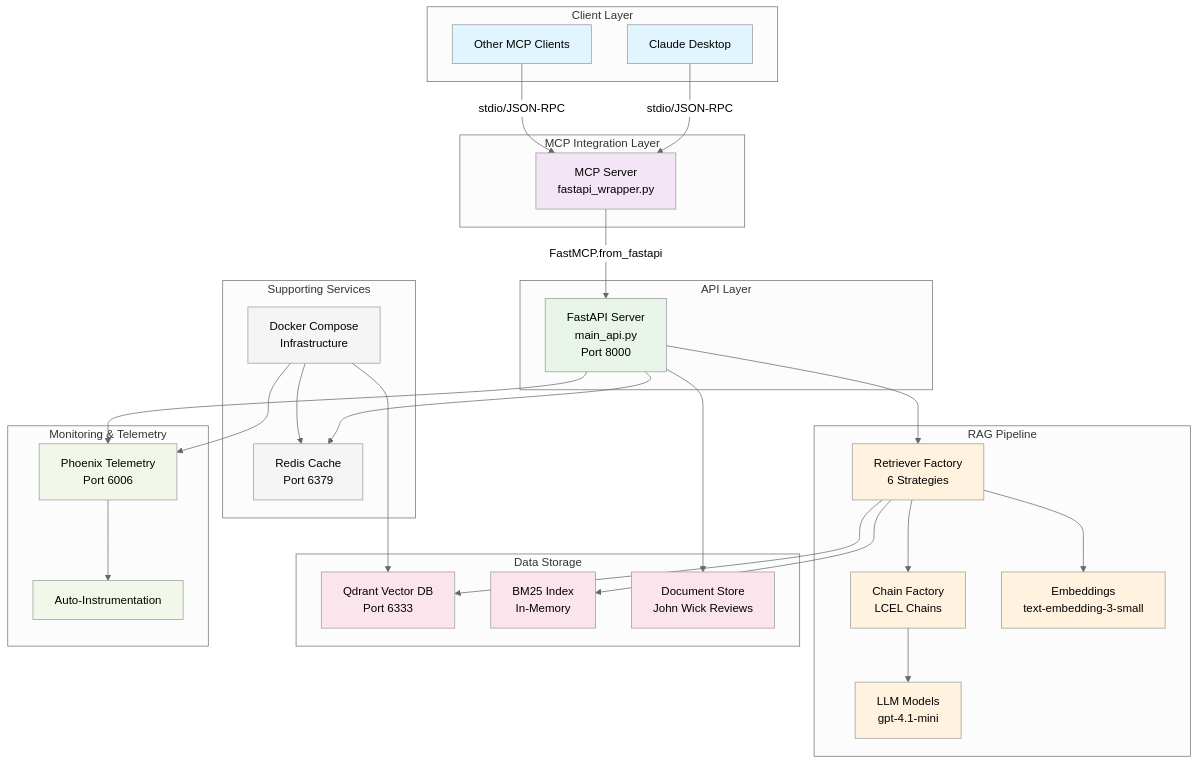
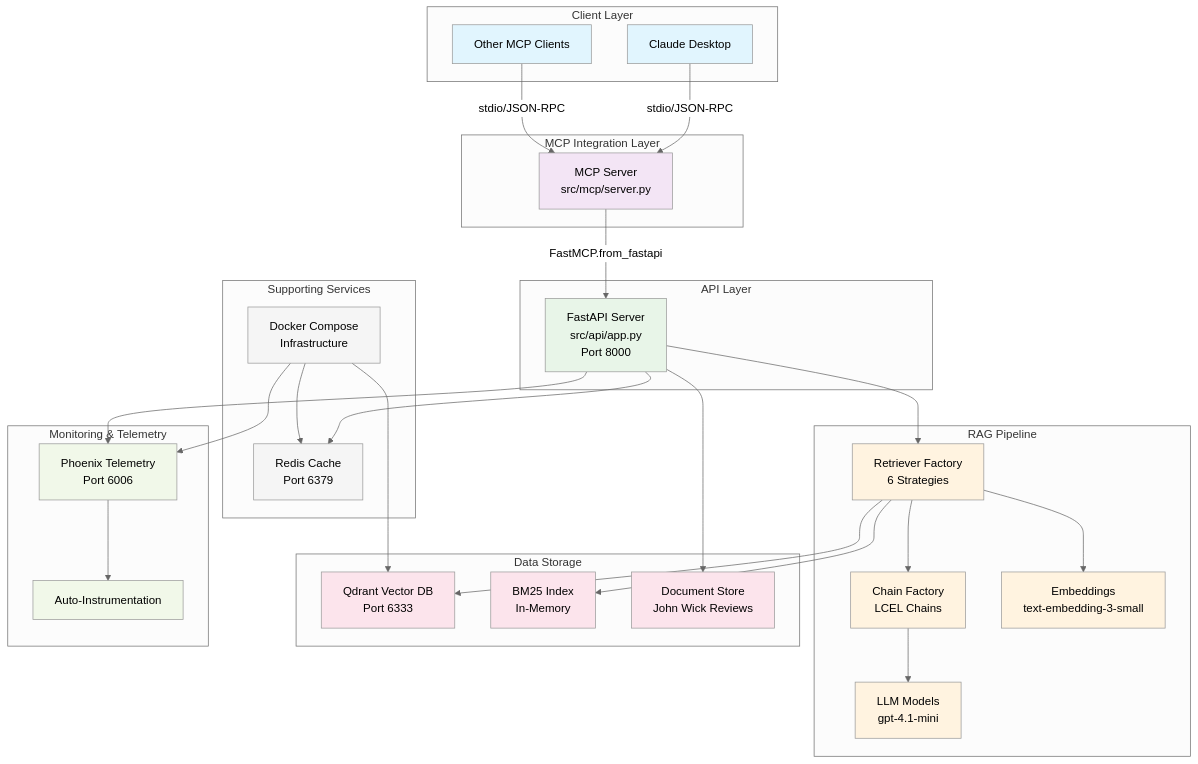
The diagram in README.md (donbr/adv-rag), drawn with Mermaid (neutral theme) before and after one commit. The commit also changed other lines of this file and 31 other files, not shown here.

````diff
--- a/README.md
+++ b/README.md
@@ -134,71 +144,71 @@
 ```mermaid
 graph TB
     subgraph "Client Layer"
         A[Claude Desktop] 
         B[Other MCP Clients]
     end
     
     subgraph "MCP Integration Layer"
-        C[MCP Server<br/>fastapi_wrapper.py]
+        C[MCP Server<br/>src/mcp/server.py]
     end
     
     subgraph "API Layer"
-        D[FastAPI Server<br/>main_api.py<br/>Port 8000]
+        D[FastAPI Server<br/>src/api/app.py<br/>Port 8000]
     end
     
     subgraph "RAG Pipeline"
         E[Retriever Factory<br/>6 Strategies]
         F[Chain Factory<br/>LCEL Chains]
         G[LLM Models<br/>gpt-4.1-mini]
         H[Embeddings<br/>text-embedding-3-small]
     end
     
     subgraph "Data Storage"
         I[Qdrant Vector DB<br/>Port 6333]
         J[BM25 Index<br/>In-Memory]
         K[Document Store<br/>John Wick Reviews]
     end
     
     subgraph "Monitoring & Telemetry"
         L[Phoenix Telemetry<br/>Port 6006]
         M[Auto-Instrumentation]
     end
     
     subgraph "Supporting Services"
         N[Redis Cache<br/>Port 6379]
         O[Docker Compose<br/>Infrastructure]
     end
     
     A -->|stdio/JSON-RPC| C
     B -->|stdio/JSON-RPC| C
     C -->|FastMCP.from_fastapi| D
     D --> E
     E --> F
     F --> G
     E --> H
     E --> I
     E --> J
     D --> K
     D --> L
     L --> M
     D --> N
     O --> I
     O --> L
     O --> N
     
     classDef client fill:#e1f5fe
     classDef mcp fill:#f3e5f5
     classDef api fill:#e8f5e8
     classDef rag fill:#fff3e0
     classDef storage fill:#fce4ec
     classDef monitor fill:#f1f8e9
     classDef support fill:#f5f5f5
     
     class A,B client
     class C mcp
     class D api
     class E,F,G,H rag
     class I,J,K storage
     class L,M monitor
     class N,O support
 ```
````
